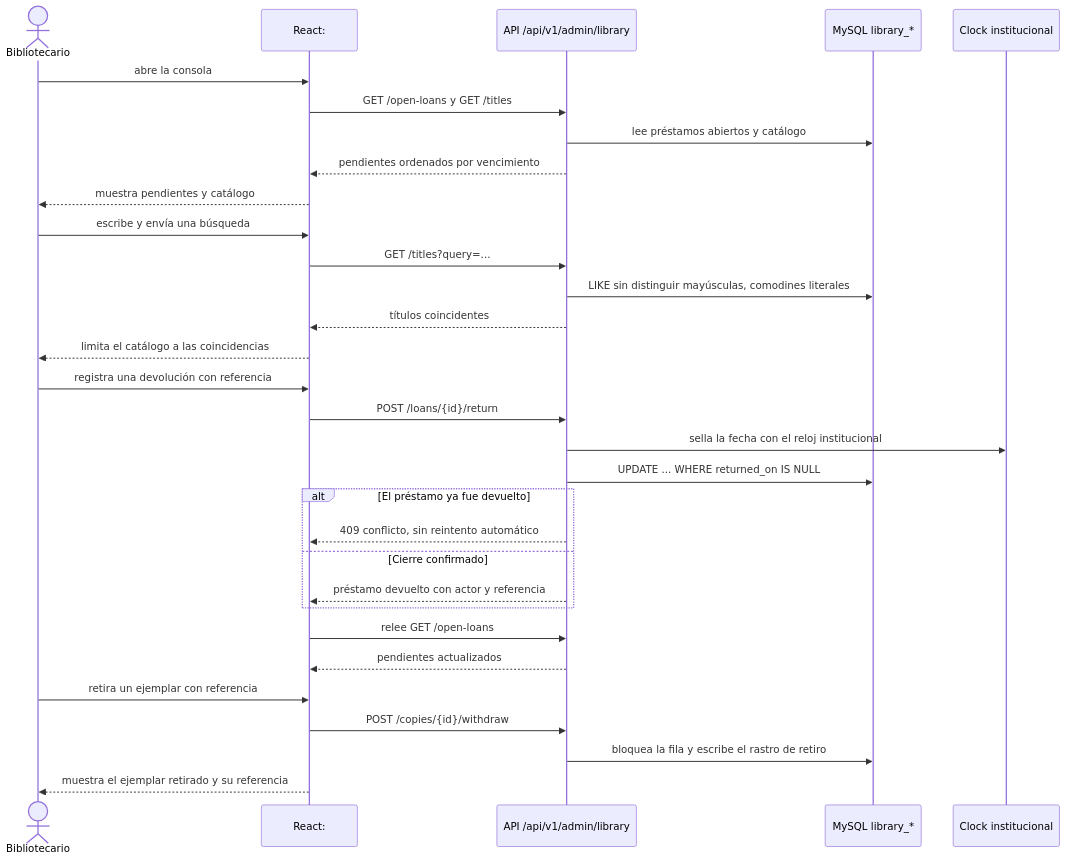
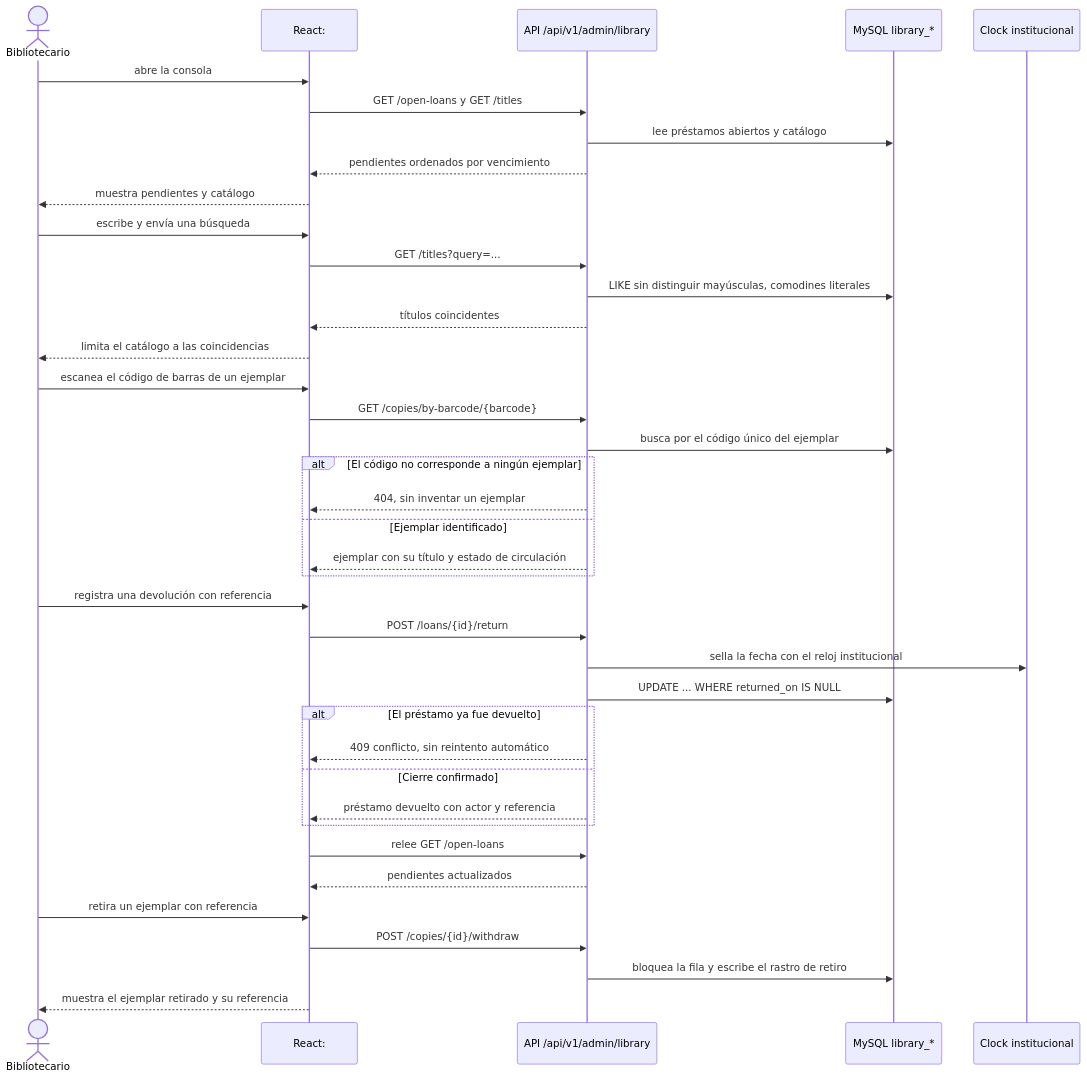
Diagram 37 of 38 in docs/architecture/process-flows.md (jdsalasca/open-university-backend), drawn with Mermaid before and after one commit. The commit also changed other lines of this file and 1 other file, not shown here.

Commit message:
Document library barcode lookup flow

````diff
--- a/docs/architecture/process-flows.md
+++ b/docs/architecture/process-flows.md
@@ -1480,37 +1480,46 @@
 ```mermaid
 sequenceDiagram
   actor Librarian as Bibliotecario
   participant React as React: #biblioteca
   participant API as API /api/v1/admin/library
   participant DB as MySQL library_*
   participant Clock as Clock institucional
 
   Librarian->>React: abre la consola
   React->>API: GET /open-loans y GET /titles
   API->>DB: lee préstamos abiertos y catálogo
   API-->>React: pendientes ordenados por vencimiento
   React-->>Librarian: muestra pendientes y catálogo
 
   Librarian->>React: escribe y envía una búsqueda
   React->>API: GET /titles?query=...
   API->>DB: LIKE sin distinguir mayúsculas, comodines literales
   API-->>React: títulos coincidentes
   React-->>Librarian: limita el catálogo a las coincidencias
 
+  Librarian->>React: escanea el código de barras de un ejemplar
+  React->>API: GET /copies/by-barcode/{barcode}
+  API->>DB: busca por el código único del ejemplar
+  alt El código no corresponde a ningún ejemplar
+    API-->>React: 404, sin inventar un ejemplar
+  else Ejemplar identificado
+    API-->>React: ejemplar con su título y estado de circulación
+  end
+
   Librarian->>React: registra una devolución con referencia
   React->>API: POST /loans/{id}/return
   API->>Clock: sella la fecha con el reloj institucional
   API->>DB: UPDATE ... WHERE returned_on IS NULL
   alt El préstamo ya fue devuelto
     API-->>React: 409 conflicto, sin reintento automático
   else Cierre confirmado
     API-->>React: préstamo devuelto con actor y referencia
   end
   React->>API: relee GET /open-loans
   API-->>React: pendientes actualizados
 
   Librarian->>React: retira un ejemplar con referencia
   React->>API: POST /copies/{id}/withdraw
   API->>DB: bloquea la fila y escribe el rastro de retiro
   React-->>Librarian: muestra el ejemplar retirado y su referencia
 ```
````
